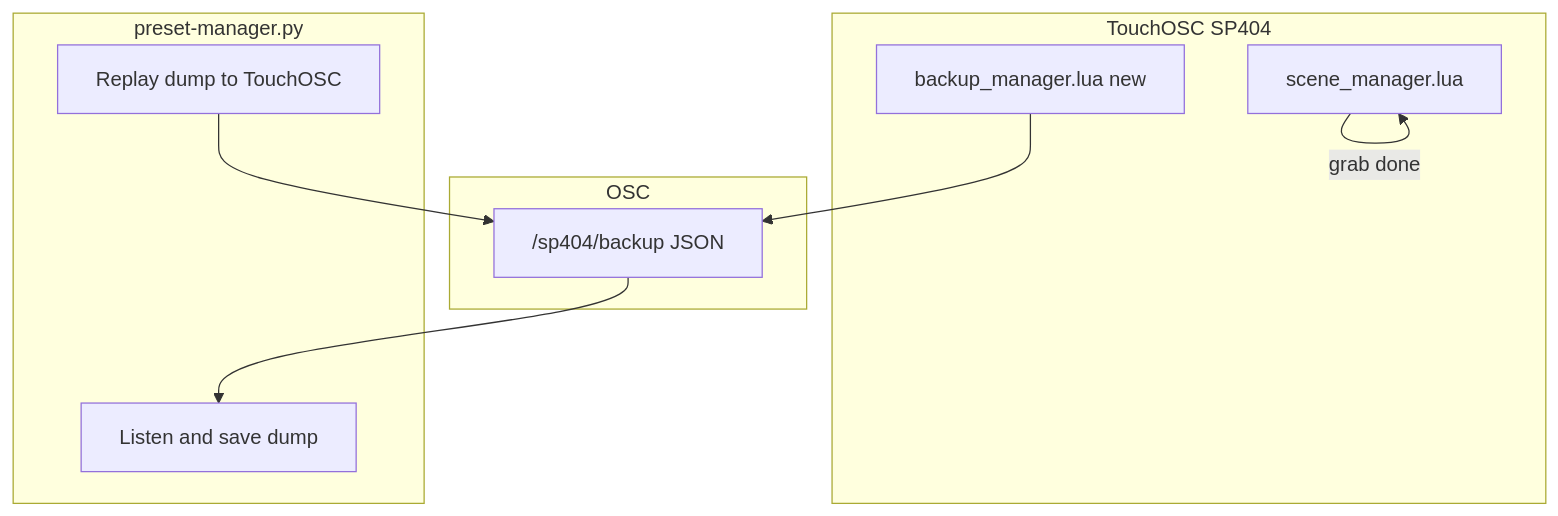
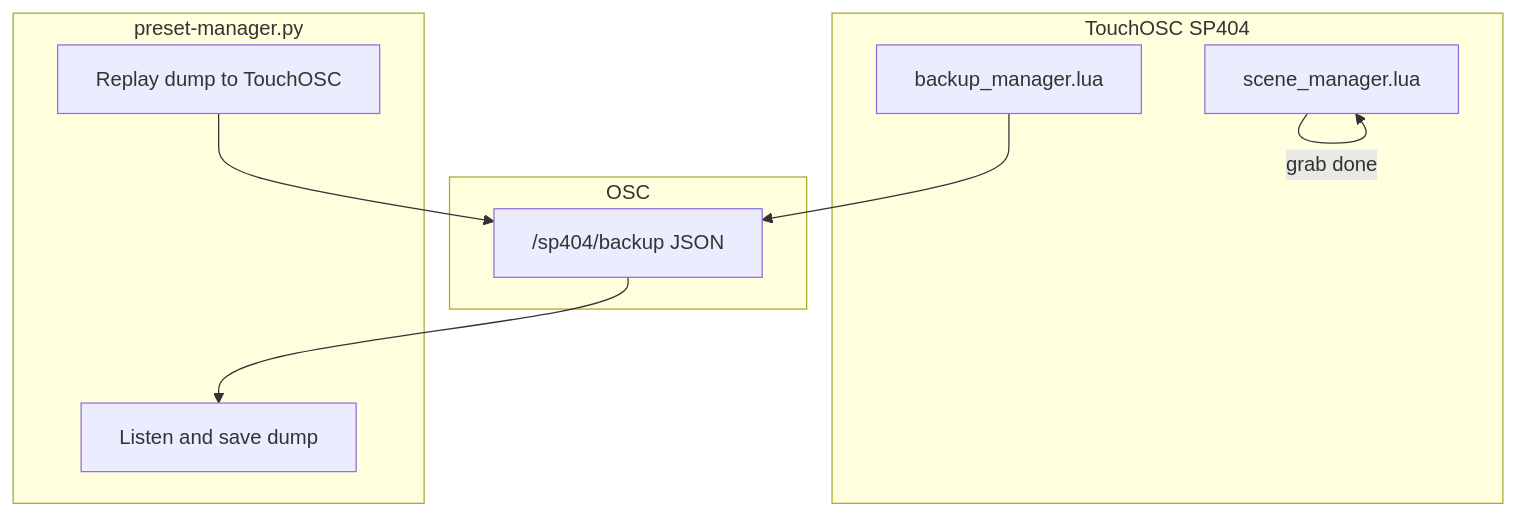
One commit to bcmodular/touchosc-controllers changed the diagram in sp404-mk2/SP404/plans/phase_3b_scene_follow-ups_8a36a9ab.plan.md. Above: the diagram before and after it, drawn with Mermaid. The commit also changed other lines of this file and 8 other files, not shown here.

````diff
--- a/sp404-mk2/SP404/plans/phase_3b_scene_follow-ups_8a36a9ab.plan.md
+++ b/sp404-mk2/SP404/plans/phase_3b_scene_follow-ups_8a36a9ab.plan.md
@@ -33,18 +38,18 @@
 ```mermaid
 flowchart TB
   subgraph touchosc [TouchOSC SP404]
     SM[scene_manager.lua]
-    BM[backup_manager.lua new]
+    BM[backup_manager.lua]
   end
   subgraph osc [OSC]
     ADDR["/sp404/backup JSON"]
   end
   subgraph mac [preset-manager.py]
     Listen[Listen and save dump]
     Replay[Replay dump to TouchOSC]
   end
   SM -->|grab done| SM
   BM --> ADDR
   ADDR --> Listen
   Replay --> ADDR
 ```
````
